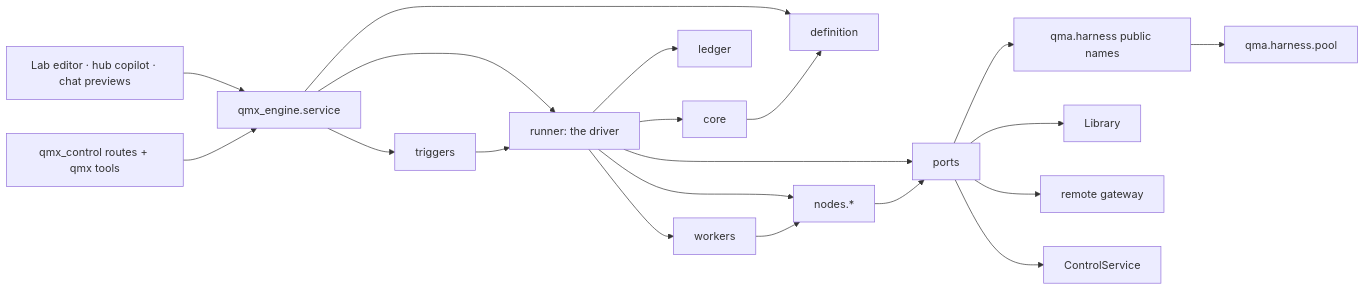
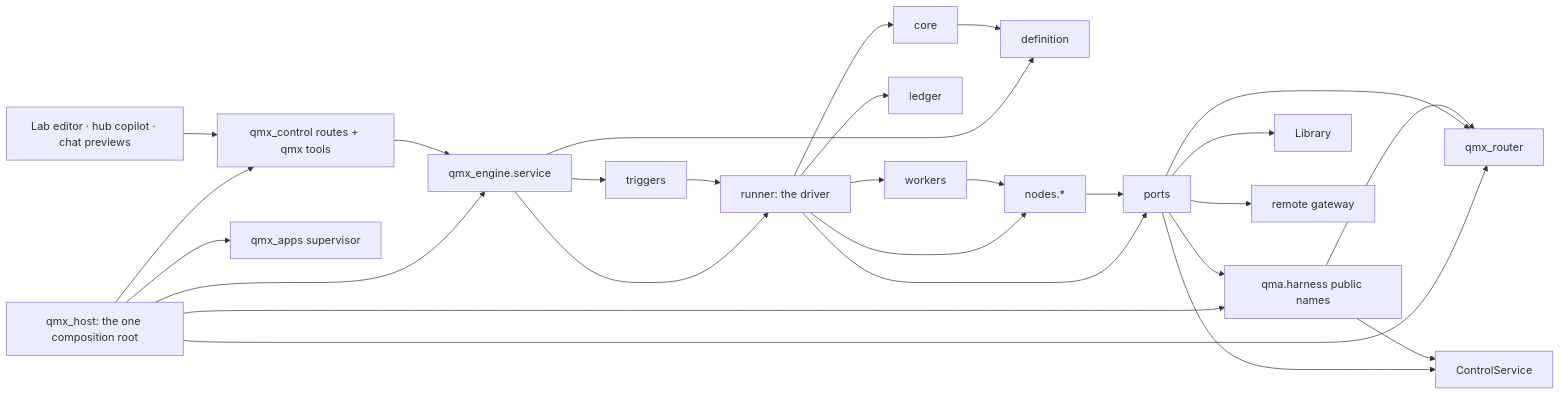
Before and after one commit to mubarakhimself-byte/QMX: the first of 4 diagrams in tracker/qma-v2/architecture/workflow-engine/ARCHITECTURE-SPINE.md, drawn with Mermaid. The commit also changed other lines of this file and 15 other files, not shown here.

Commit message:
Whole-app unlocked pass (43, ruling 118): one host program, writable agent steps in private folders, direct turn API, mini apps as real plugins, one run list and scheduler; old runtime deletion mapped

````diff
--- a/tracker/qma-v2/architecture/workflow-engine/ARCHITECTURE-SPINE.md
+++ b/tracker/qma-v2/architecture/workflow-engine/ARCHITECTURE-SPINE.md
@@ -45,22 +47,29 @@
 ```mermaid
 flowchart LR
-  UI[Lab editor · hub copilot · chat previews] --> SVC[qmx_engine.service]
-  CTRL[qmx_control routes + qmx tools] --> SVC
+  HOST[qmx_host: the one composition root] --> CTRL[qmx_control routes + qmx tools]
+  HOST --> SVC[qmx_engine.service]
+  HOST --> HARN[qma.harness public names]
+  HOST --> RTR[qmx_router]
+  HOST --> APPS[qmx_apps supervisor]
+  UI[Lab editor · hub copilot · chat previews] --> CTRL
+  CTRL --> SVC
   SVC --> DEF[definition]
   SVC --> RUN[runner: the driver]
   SVC --> TRG[triggers]
   TRG --> RUN
   RUN --> CORE[core]
   RUN --> LED[ledger]
   RUN --> NODES[nodes.*]
   RUN --> WRK[workers]
   RUN --> PORTS[ports]
   CORE --> DEF
   NODES --> PORTS
   WRK --> NODES
-  PORTS --> HARN[qma.harness public names]
+  PORTS --> HARN
+  PORTS --> RTR
   PORTS --> LIB[Library]
   PORTS --> GW[remote gateway]
   PORTS --> CS[ControlService]
-  HARN --> POOL[qma.harness.pool]
+  HARN --> RTR
+  HARN --> CS
 ```
````
